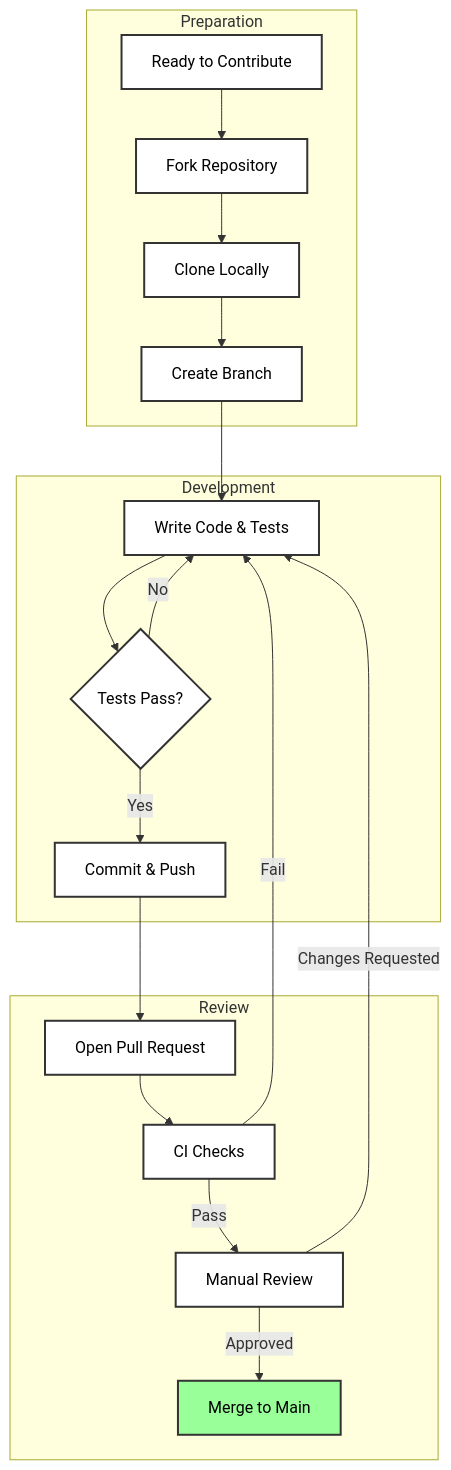
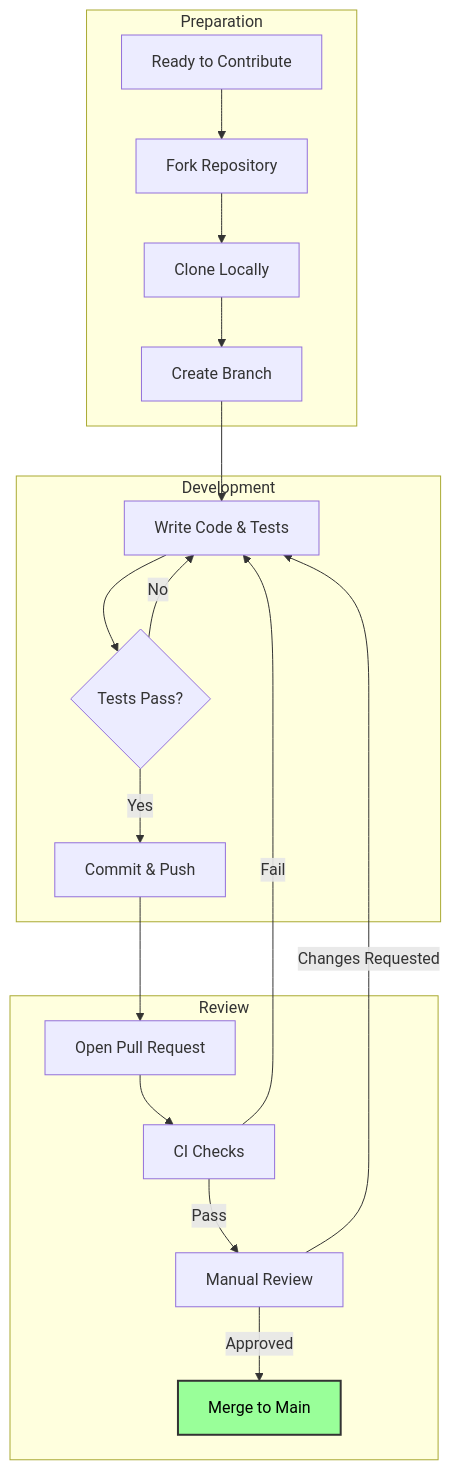
The second of 2 diagrams in CONTRIBUTING.md (ranveerminhas0/nxtgencore), drawn with Mermaid before and after one commit. The commit also changed other lines of this file, not shown here.

````diff
--- a/CONTRIBUTING.md
+++ b/CONTRIBUTING.md
@@ -47,29 +44,26 @@
 ```mermaid
 graph TD
-    classDef default fill:#fff,stroke:#333,stroke-width:2px,color:#000;
-
     subgraph "Preparation"
         G[Ready to Contribute] --> H[Fork Repository]
         H --> I[Clone Locally]
         I --> J[Create Branch]
     end
 
     subgraph "Development"
         J --> K[Write Code & Tests]
         K --> L{Tests Pass?}
         L -->|No| K
         L -->|Yes| M[Commit & Push]
     end
 
     subgraph "Review"
         M --> N[Open Pull Request]
         N --> O[CI Checks]
         O -->|Fail| K
         O -->|Pass| P[Manual Review]
         P -->|Approved| Q[Merge to Main]
         P -->|Changes Requested| K
     end
 
-    class G,H,I,J,K,L,M,N,O,P,Q default;
     style Q fill:#9f9,stroke:#333,stroke-width:2px,color:#000
 ```
````
